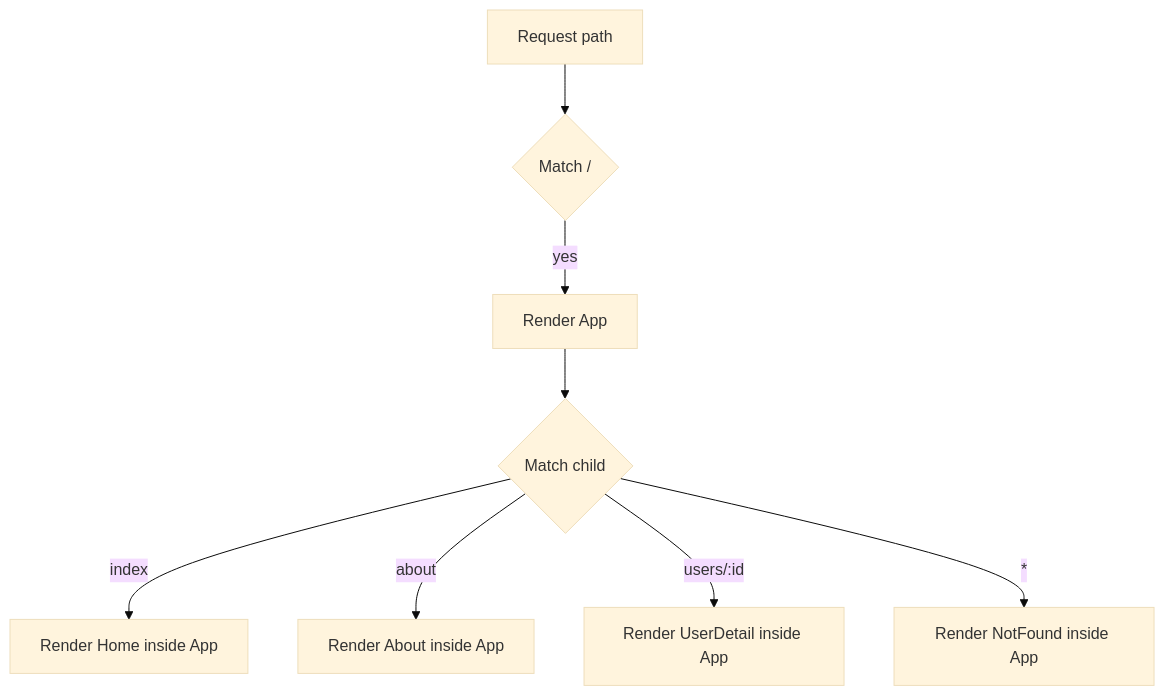
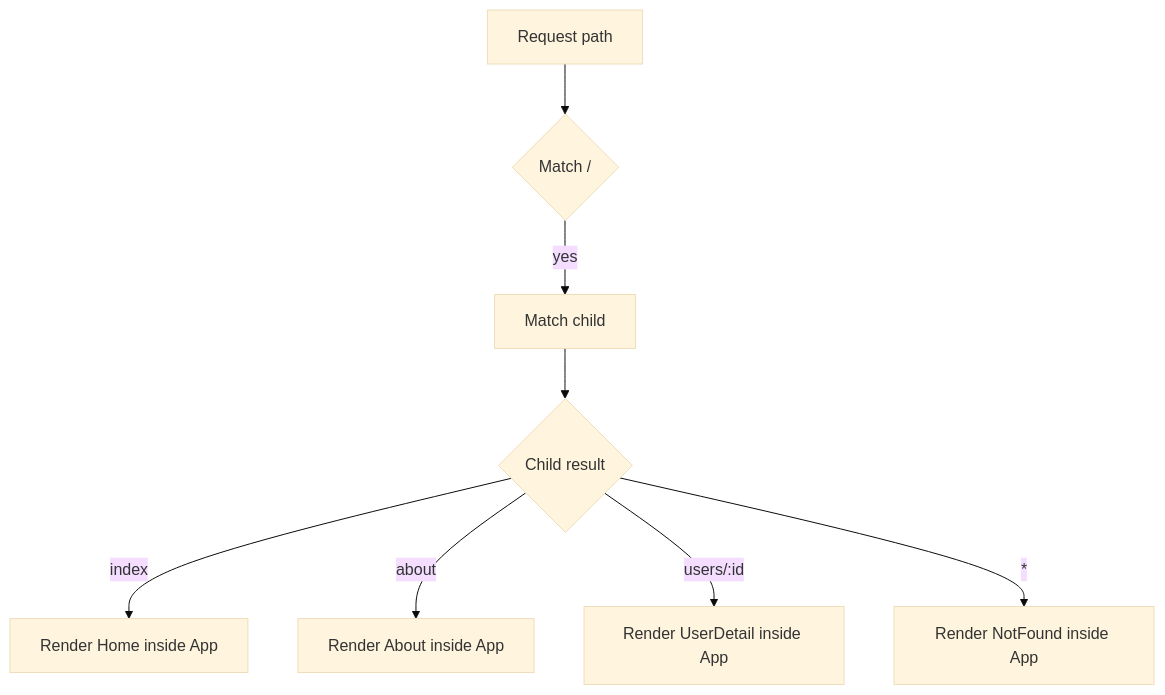
One commit to roderiano/lua-spa changed the diagram in docs/docs/examples/routing.md. Above: the diagram before and after it, drawn with Mermaid (base theme). The commit also changed other lines of this file and 6 other files, not shown here.

````diff
--- a/docs/docs/examples/routing.md
+++ b/docs/docs/examples/routing.md
@@ -36,10 +36,10 @@
 ```mermaid
 flowchart TD
-    A[Request path] --> B{Match /}
-    B -- yes --> C[Render App]
-    C --> D{Match child}
+  A[Request path] --> B{Match /}
+  B -- yes --> C[Match child]
+  C --> D{Child result}
     D -- index --> E[Render Home inside App]
     D -- about --> F[Render About inside App]
     D -- users/:id --> G[Render UserDetail inside App]
     D -- * --> H[Render NotFound inside App]
 ```
````
